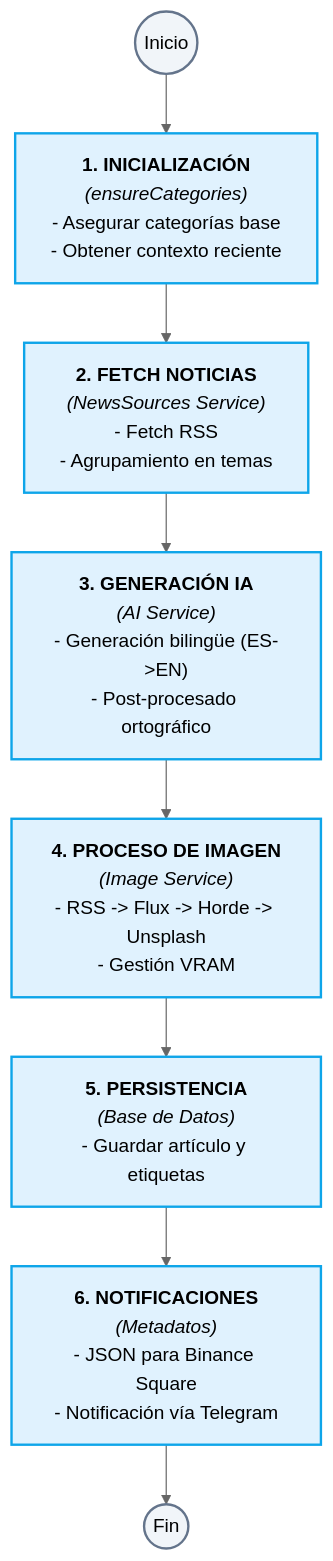
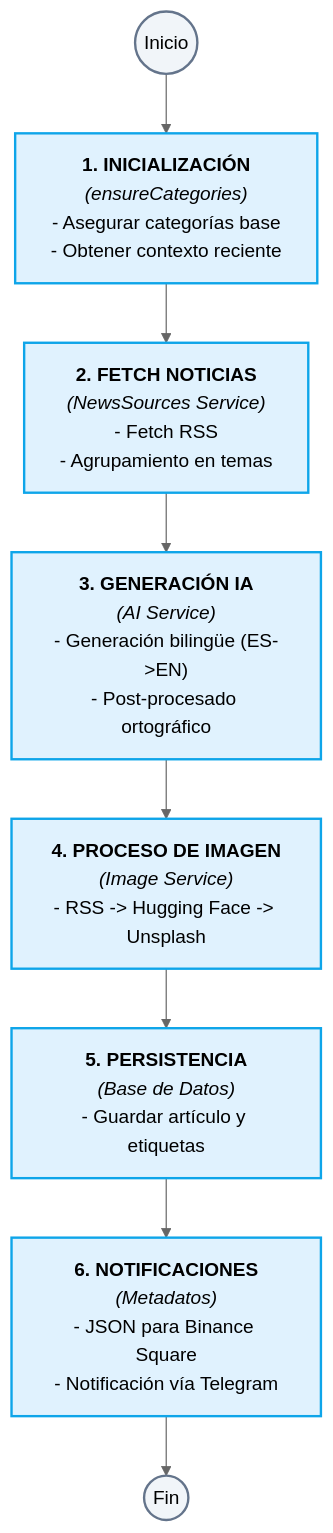
One commit to CarlosEmerito/EmeDotEme changed the first of 2 diagrams in docs/04 - Flujos de Trabajo.md. Above: the diagram before and after it, drawn with Mermaid (neutral theme). The commit also changed other lines of this file and 28 other files, not shown here.

First line of the commit message:
chore: eliminar codigo muerto de IA local (Flux, Ollama, AI Horde)

````diff
--- a/docs/04 - Flujos de Trabajo.md
+++ b/docs/04 - Flujos de Trabajo.md
@@ -21,22 +20,22 @@
 ```mermaid
 graph TD
     classDef init fill:#f1f5f9,stroke:#64748b,stroke-width:2px;
     classDef step fill:#e0f2fe,stroke:#0ea5e9,stroke-width:2px;
     classDef alert fill:#fef3c7,stroke:#f59e0b,stroke-width:2px;
 
     Start((Inicio)):::init --> Step1
     
     Step1["<b>1. INICIALIZACIÓN</b><br/><i>(ensureCategories)</i><br/>- Asegurar categorías base<br/>- Obtener contexto reciente"]:::step --> Step2
     
     Step2["<b>2. FETCH NOTICIAS</b><br/><i>(NewsSources Service)</i><br/>- Fetch RSS<br/>- Agrupamiento en temas"]:::step --> Step3
     
     Step3["<b>3. GENERACIÓN IA</b><br/><i>(AI Service)</i><br/>- Generación bilingüe (ES->EN)<br/>- Post-procesado ortográfico"]:::step --> Step4
     
-    Step4["<b>4. PROCESO DE IMAGEN</b><br/><i>(Image Service)</i><br/>- RSS -> Flux -> Horde -> Unsplash<br/>- Gestión VRAM"]:::step --> Step5
+    Step4["<b>4. PROCESO DE IMAGEN</b><br/><i>(Image Service)</i><br/>- RSS -> Hugging Face -> Unsplash"]:::step --> Step5
     
     Step5["<b>5. PERSISTENCIA</b><br/><i>(Base de Datos)</i><br/>- Guardar artículo y etiquetas"]:::step --> Step6
     
     Step6["<b>6. NOTIFICACIONES</b><br/><i>(Metadatos)</i><br/>- JSON para Binance Square<br/>- Notificación vía Telegram"]:::step
     
     Step6 --> End((Fin)):::init
 ```
````
